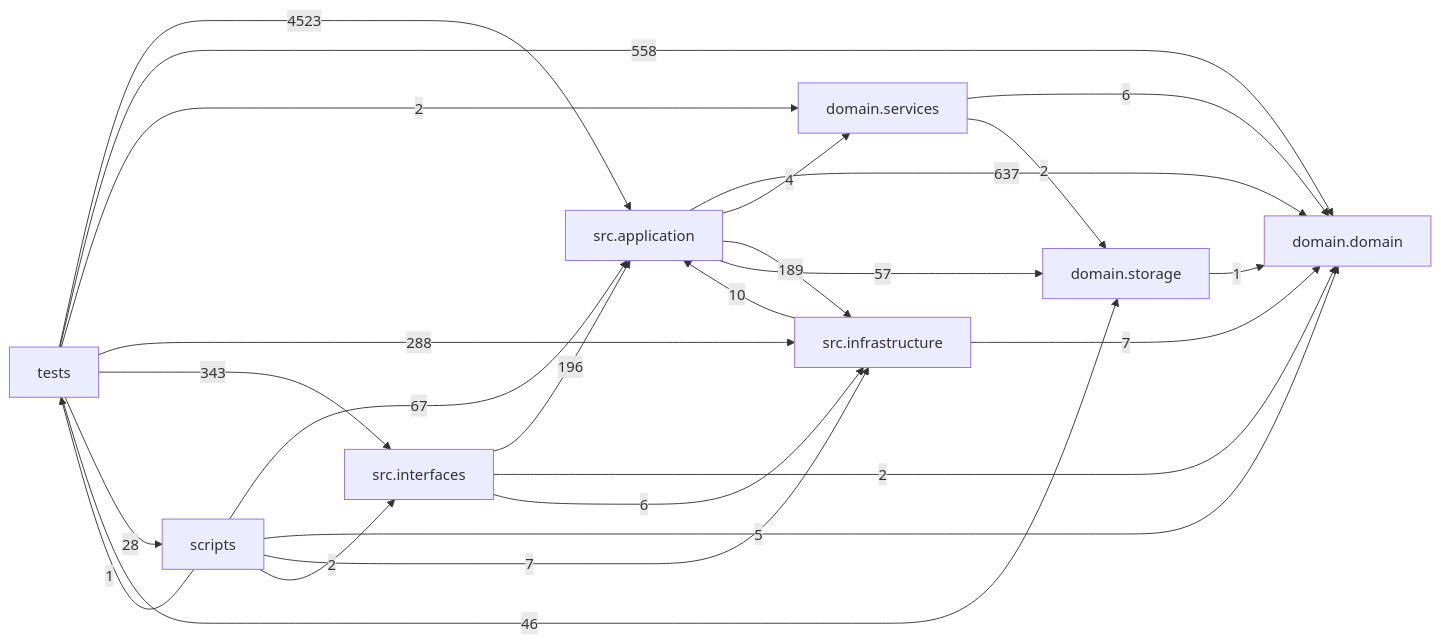
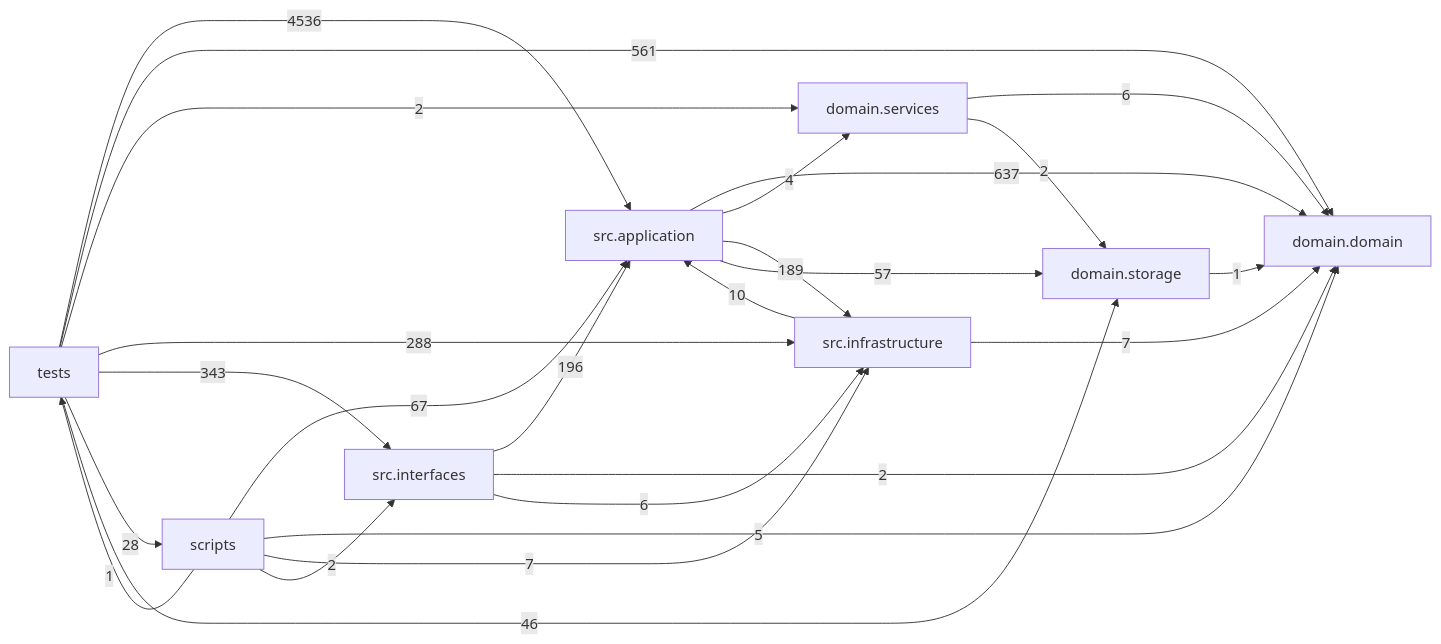
Before and after one commit to liuxie066/options-monitor: the diagram in docs/DEPENDENCY_GRAPH.md, drawn with Mermaid. The commit also changed other lines of this file and 6 other files, not shown here.

````diff
--- a/docs/DEPENDENCY_GRAPH.md
+++ b/docs/DEPENDENCY_GRAPH.md
@@ -24,35 +24,35 @@
 ```mermaid
 flowchart LR
   tests["tests"]
   scripts["scripts"]
   interfaces["src.interfaces"]
   application["src.application"]
   infrastructure["src.infrastructure"]
   domain_services["domain.services"]
   domain["domain.domain"]
   storage["domain.storage"]
   application -->|637| domain
   application -->|4| domain_services
   application -->|189| infrastructure
   application -->|57| storage
   domain_services -->|6| domain
   domain_services -->|2| storage
   infrastructure -->|10| application
   infrastructure -->|7| domain
   interfaces -->|196| application
   interfaces -->|2| domain
   interfaces -->|6| infrastructure
   scripts -->|67| application
   scripts -->|5| domain
   scripts -->|7| infrastructure
   scripts -->|2| interfaces
   scripts -->|1| tests
   storage -->|1| domain
-  tests -->|4523| application
-  tests -->|558| domain
+  tests -->|4536| application
+  tests -->|561| domain
   tests -->|2| domain_services
   tests -->|288| infrastructure
   tests -->|343| interfaces
   tests -->|28| scripts
   tests -->|46| storage
 ```
````
